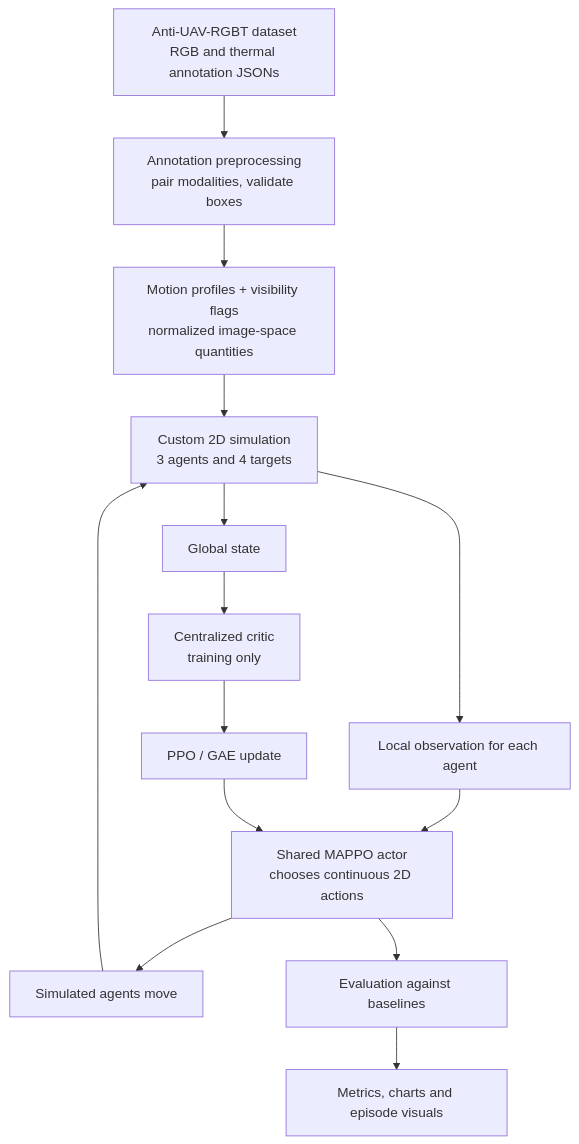
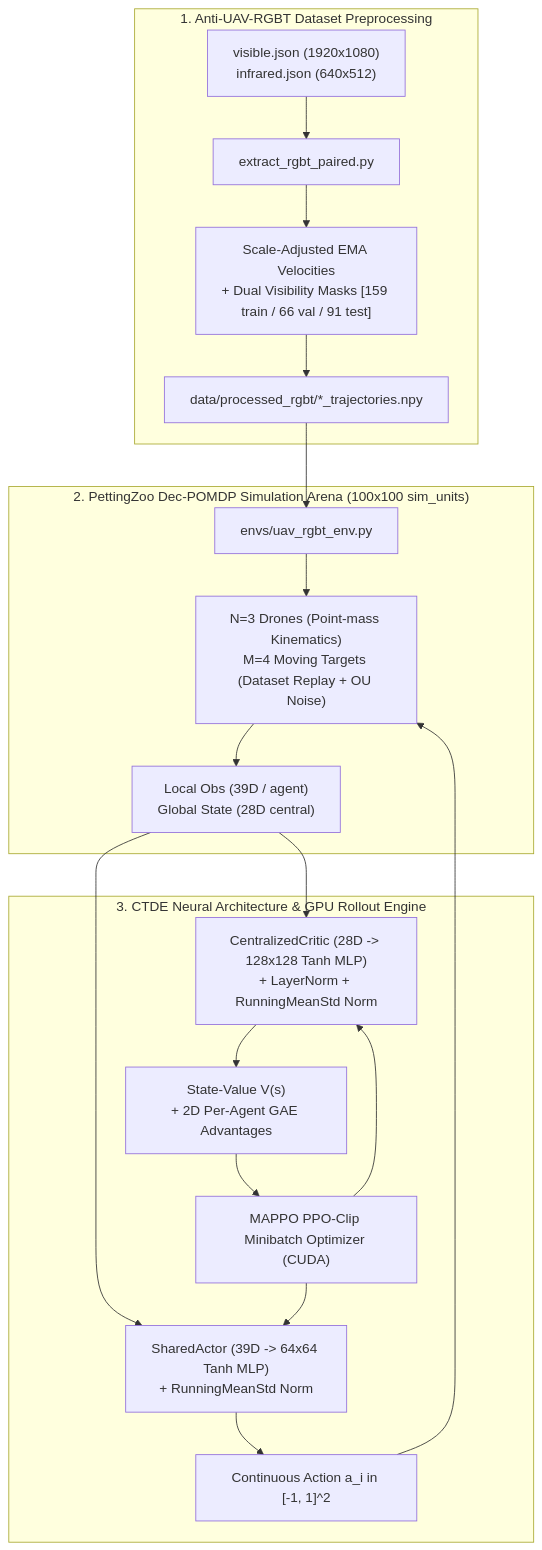
One commit to vVIBHORj/swarm-uav-tracking-mappo changed the first of 2 diagrams in Readme.md. Above: the diagram before and after it, drawn with Mermaid. The commit also changed other lines of this file, not shown here.

````diff
--- a/Readme.md
+++ b/Readme.md
@@ -83,16 +85,25 @@
 ```mermaid
 flowchart TD
-    A["Anti-UAV-RGBT dataset<br/>RGB and thermal annotation JSONs"] --> B["Annotation preprocessing<br/>pair modalities, validate boxes"]
-    B --> C["Motion profiles + visibility flags<br/>normalized image-space quantities"]
-    C --> D["Custom 2D simulation<br/>3 agents and 4 targets"]
-    D --> E["Local observation for each agent"]
-    E --> F["Shared MAPPO actor<br/>chooses continuous 2D actions"]
-    D --> G["Global state"]
-    G --> H["Centralized critic<br/>training only"]
-    F --> I["Simulated agents move"]
-    H --> J["PPO / GAE update"]
-    I --> D
-    J --> F
-    F --> K["Evaluation against baselines"]
-    K --> L["Metrics, charts and episode visuals"]
+    subgraph DATA["1. Anti-UAV-RGBT Dataset Preprocessing"]
+        A["visible.json (1920x1080)<br/>infrared.json (640x512)"] --> B["extract_rgbt_paired.py"]
+        B --> C["Scale-Adjusted EMA Velocities<br/>+ Dual Visibility Masks [159 train / 66 val / 91 test]"]
+        C --> D["data/processed_rgbt/*_trajectories.npy"]
+    end
+
+    subgraph SIM["2. PettingZoo Dec-POMDP Simulation Arena (100x100 sim_units)"]
+        D --> E["envs/uav_rgbt_env.py"]
+        E --> F["N=3 Drones (Point-mass Kinematics)<br/>M=4 Moving Targets (Dataset Replay + OU Noise)"]
+        F --> G["Local Obs (39D / agent)<br/>Global State (28D central)"]
+    end
+
+    subgraph MAPPO["3. CTDE Neural Architecture & GPU Rollout Engine"]
+        G --> H["SharedActor (39D -> 64x64 Tanh MLP)<br/>+ RunningMeanStd Norm"]
+        G --> I["CentralizedCritic (28D -> 128x128 Tanh MLP)<br/>+ LayerNorm + RunningMeanStd Norm"]
+        H --> J["Continuous Action a_i in [-1, 1]^2"]
+        J --> F
+        I --> K["State-Value V(s)<br/>+ 2D Per-Agent GAE Advantages"]
+        K --> L["MAPPO PPO-Clip Minibatch Optimizer (CUDA)"]
+        L --> H
+        L --> I
+    end
 ```
````
